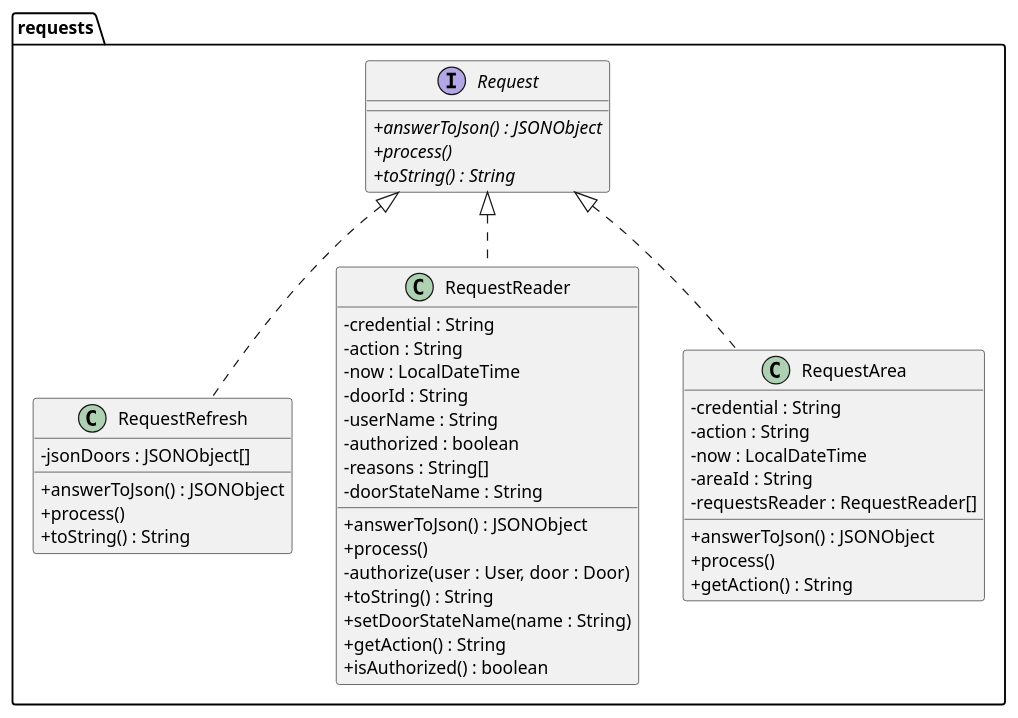
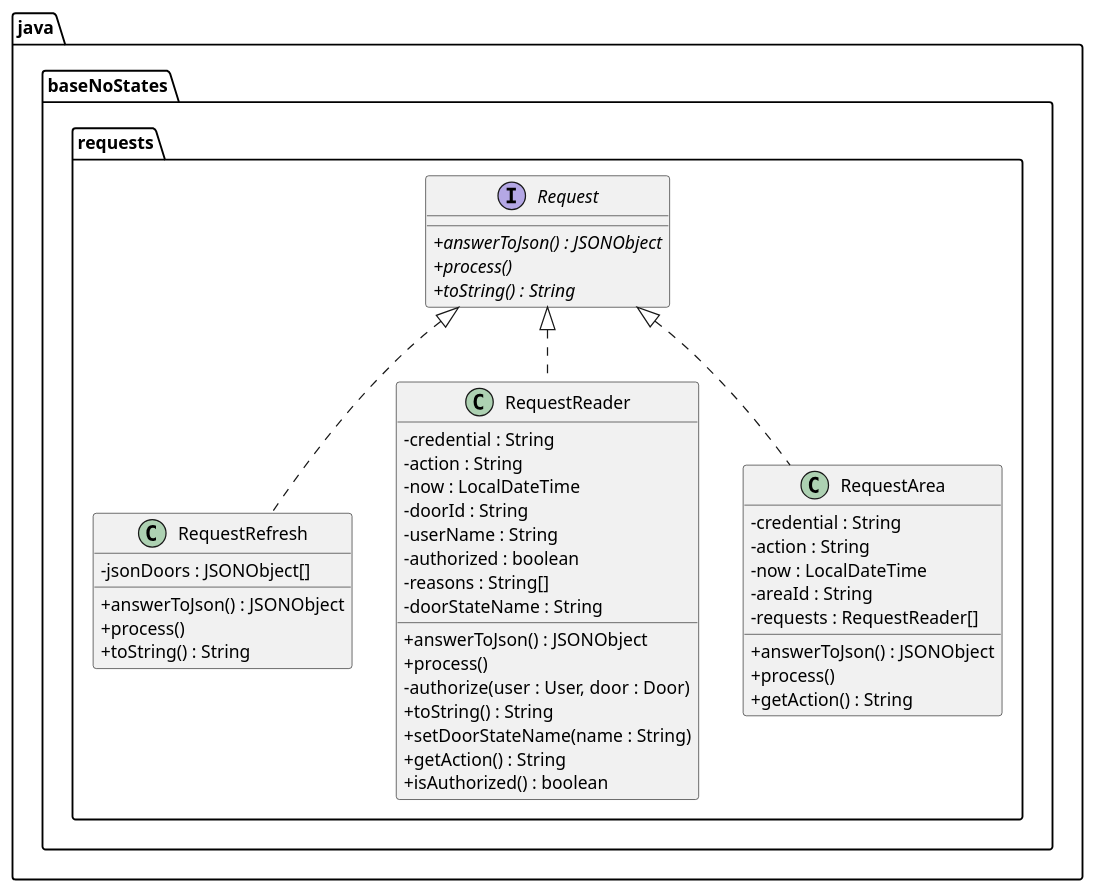
Before and after one commit to JaumeTorrelles/AccessControlSystem: the diagram in src/baseNoStates/uml/package_requests.puml, drawn with PlantUML. The commit also changed 16 other files, not shown here.

First line of the commit message:
Add UML class diagrams for the final design (M1.4)

```diff
--- a/src/baseNoStates/uml/package_requests.puml
+++ b/src/baseNoStates/uml/package_requests.puml
@@ -1,50 +1,56 @@
 @startuml
-'https://plantuml.com/class-diagram
 skinparam classAttributeIconSize 0
 
-package requests {
-    interface Request {
-    + {abstract} answerToJson() : JSONObject
-    + {abstract} process()
-    + {abstract} toString() : String
-    }
+package java{
+    package baseNoStates{
+        package requests{
+            interface Request {
+                + {abstract} answerToJson() : JSONObject
+                + {abstract} process()
+                + {abstract} toString() : String
+            }
 
-    class RequestRefresh implements Request {
-    - jsonDoors : JSONObject[]
-    + answerToJson() : JSONObject
-    + process()
-    + toString() : String
-    }
+            class RequestRefresh {
+                - jsonDoors : JSONObject[]
+                + answerToJson() : JSONObject
+                + process()
+                + toString() : String
+            }
 
-    class RequestReader implements Request {
-    - credential : String
-    - action : String
-    - now : LocalDateTime
-    - doorId : String
-    - userName : String
-    - authorized : boolean
-    - reasons : String[]
-    - doorStateName : String
-    + answerToJson() : JSONObject
-    + process()
-    - authorize(user : User, door : Door)
-    + toString() : String
-    + setDoorStateName(name : String)
-    + getAction() : String
-    + isAuthorized() : boolean
-    }
+            class RequestReader {
+                - credential : String
+                - action : String
+                - now : LocalDateTime
+                - doorId : String
+                - userName : String
+                - authorized : boolean
+                - reasons : String[]
+                - doorStateName : String
+                + answerToJson() : JSONObject
+                + process()
+                - authorize(user : User, door : Door)
+                + toString() : String
+                + setDoorStateName(name : String)
+                + getAction() : String
+                + isAuthorized() : boolean
+            }
 
-    class RequestArea implements Request {
-    - credential : String
-    - action : String
-    - now : LocalDateTime
-    - areaId : String
-    - requestsReader : RequestReader[]
-    + answerToJson() : JSONObject
-    + process()
-    + getAction() : String
+            class RequestArea {
+                - credential : String
+                - action : String
+                - now : LocalDateTime
+                - areaId : String
+                - requests : RequestReader[]
+                + answerToJson() : JSONObject
+                + process()
+                + getAction() : String
+            }
+        }
     }
 }
 
+Request <|.. RequestRefresh
+Request <|.. RequestReader
+Request <|.. RequestArea
 
 @enduml
```
